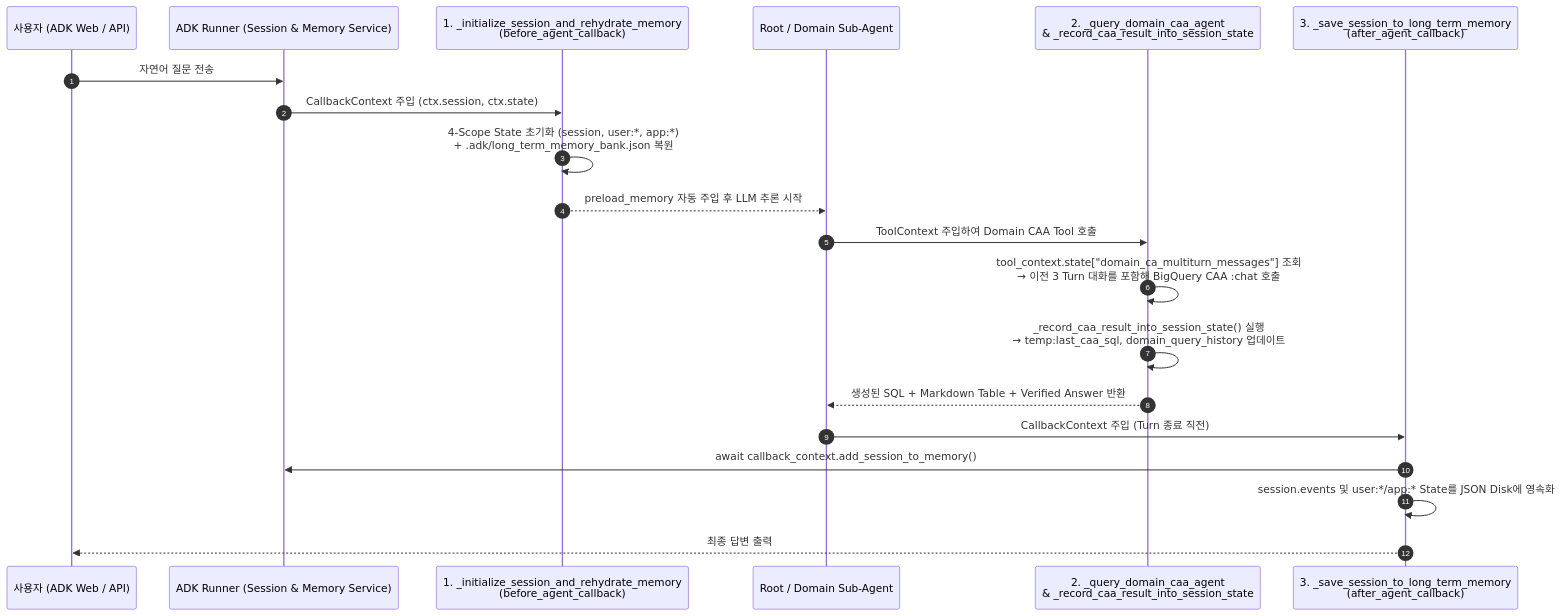
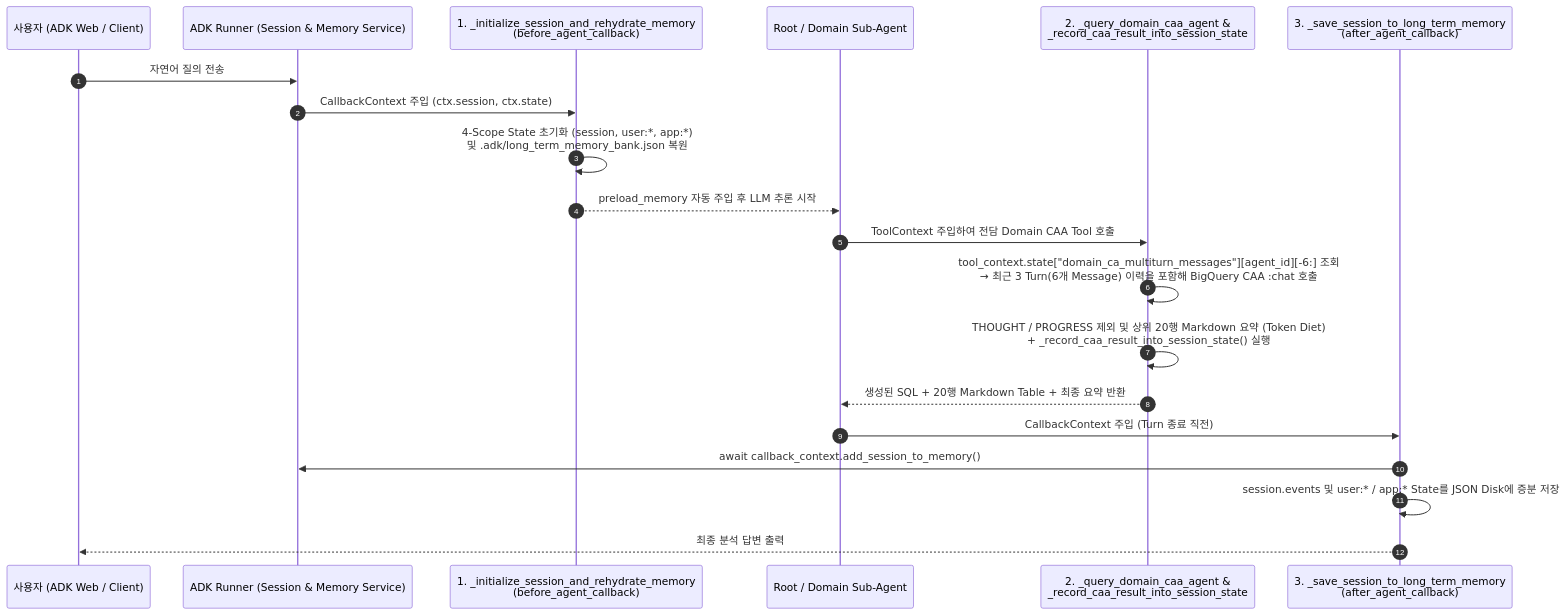
Before and after one commit to rhkim77/adk_with_bq_caa_lab: the diagram in docs/CODE_WALKTHROUGH_ROOT_AGENT_AND_SESSION_KO.md, drawn with Mermaid. The commit also changed other lines of this file and 3 other files, not shown here.

Commit message:
docs: rewrite repository markdown guides to conform to CE authoring and Mermaid standards

````diff
--- a/docs/CODE_WALKTHROUGH_ROOT_AGENT_AND_SESSION_KO.md
+++ b/docs/CODE_WALKTHROUGH_ROOT_AGENT_AND_SESSION_KO.md
@@ -68,23 +67,23 @@
 ```mermaid
 sequenceDiagram
   autonumber
-  participant User as 사용자 (ADK Web / API)
+  participant User as 사용자 (ADK Web / Client)
   participant Runner as ADK Runner (Session & Memory Service)
   participant BeforeCB as 1. _initialize_session_and_rehydrate_memory<br/>(before_agent_callback)
   participant Agent as Root / Domain Sub-Agent
-  participant Tool as 2. _query_domain_caa_agent<br/>& _record_caa_result_into_session_state
+  participant Tool as 2. _query_domain_caa_agent &<br/>_record_caa_result_into_session_state
   participant AfterCB as 3. _save_session_to_long_term_memory<br/>(after_agent_callback)
 
-  User->>Runner: 자연어 질문 전송
+  User->>Runner: 자연어 질의 전송
   Runner->>BeforeCB: CallbackContext 주입 (ctx.session, ctx.state)
-  BeforeCB->>BeforeCB: 4-Scope State 초기화 (session, user:*, app:*)<br/>+ .adk/long_term_memory_bank.json 복원
+  BeforeCB->>BeforeCB: 4-Scope State 초기화 (session, user:*, app:*)<br/>및 .adk/long_term_memory_bank.json 복원
   BeforeCB-->>Agent: preload_memory 자동 주입 후 LLM 추론 시작
-  Agent->>Tool: ToolContext 주입하여 Domain CAA Tool 호출
-  Tool->>Tool: tool_context.state["domain_ca_multiturn_messages"] 조회<br/>→ 이전 3 Turn 대화를 포함해 BigQuery CAA :chat 호출
-  Tool->>Tool: _record_caa_result_into_session_state() 실행<br/>→ temp:last_caa_sql, domain_query_history 업데이트
-  Tool-->>Agent: 생성된 SQL + Markdown Table + Verified Answer 반환
+  Agent->>Tool: ToolContext 주입하여 전담 Domain CAA Tool 호출
+  Tool->>Tool: tool_context.state["domain_ca_multiturn_messages"][agent_id][-6:] 조회<br/>→ 최근 3 Turn(6개 Message) 이력을 포함해 BigQuery CAA :chat 호출
+  Tool->>Tool: THOUGHT / PROGRESS 제외 및 상위 20행 Markdown 요약 (Token Diet)<br/>+ _record_caa_result_into_session_state() 실행
+  Tool-->>Agent: 생성된 SQL + 20행 Markdown Table + 최종 요약 반환
   Agent->>AfterCB: CallbackContext 주입 (Turn 종료 직전)
   AfterCB->>Runner: await callback_context.add_session_to_memory()
-  AfterCB->>AfterCB: session.events 및 user:*/app:* State를 JSON Disk에 영속화
-  AfterCB-->>User: 최종 답변 출력
+  AfterCB->>AfterCB: session.events 및 user:* / app:* State를 JSON Disk에 증분 저장
+  AfterCB-->>User: 최종 분석 답변 출력
 ```
````
